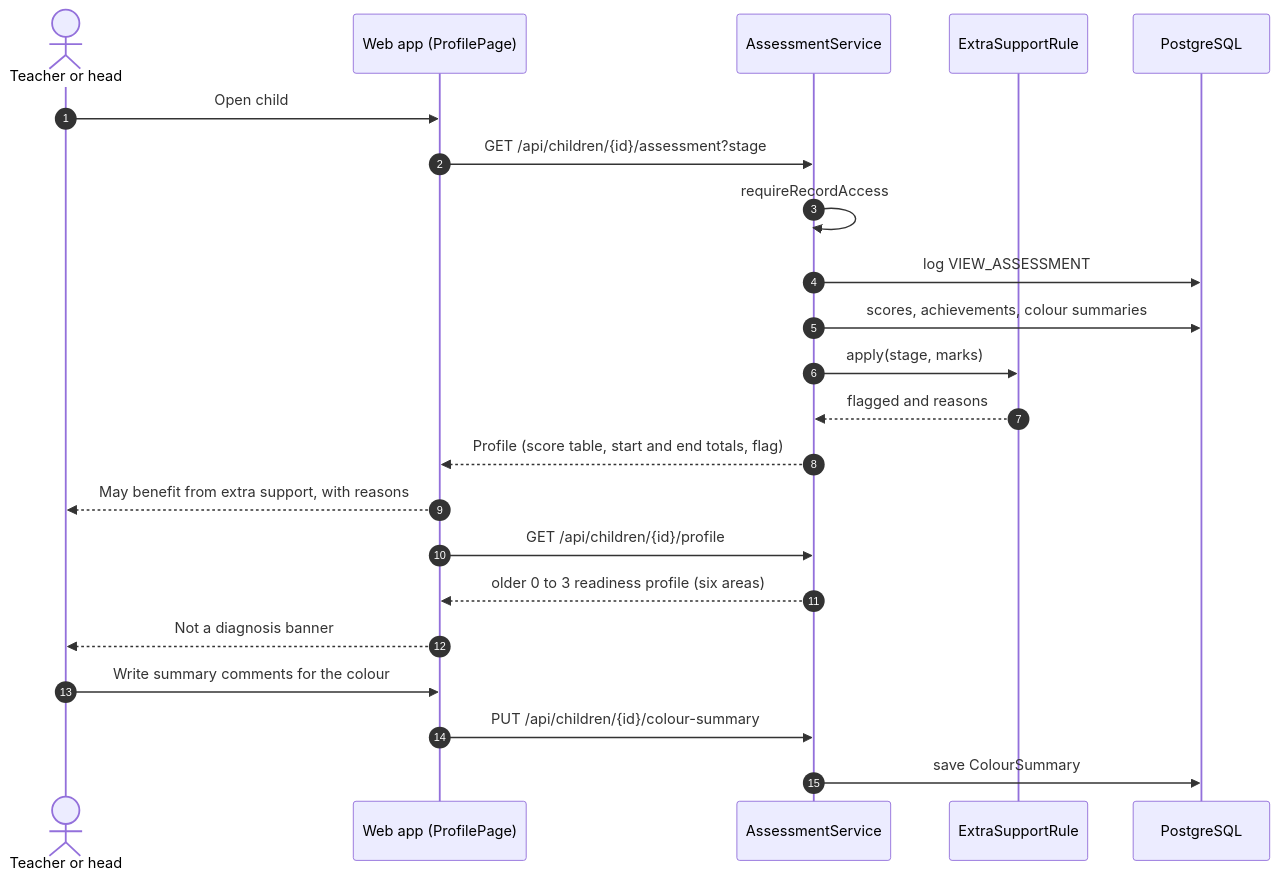
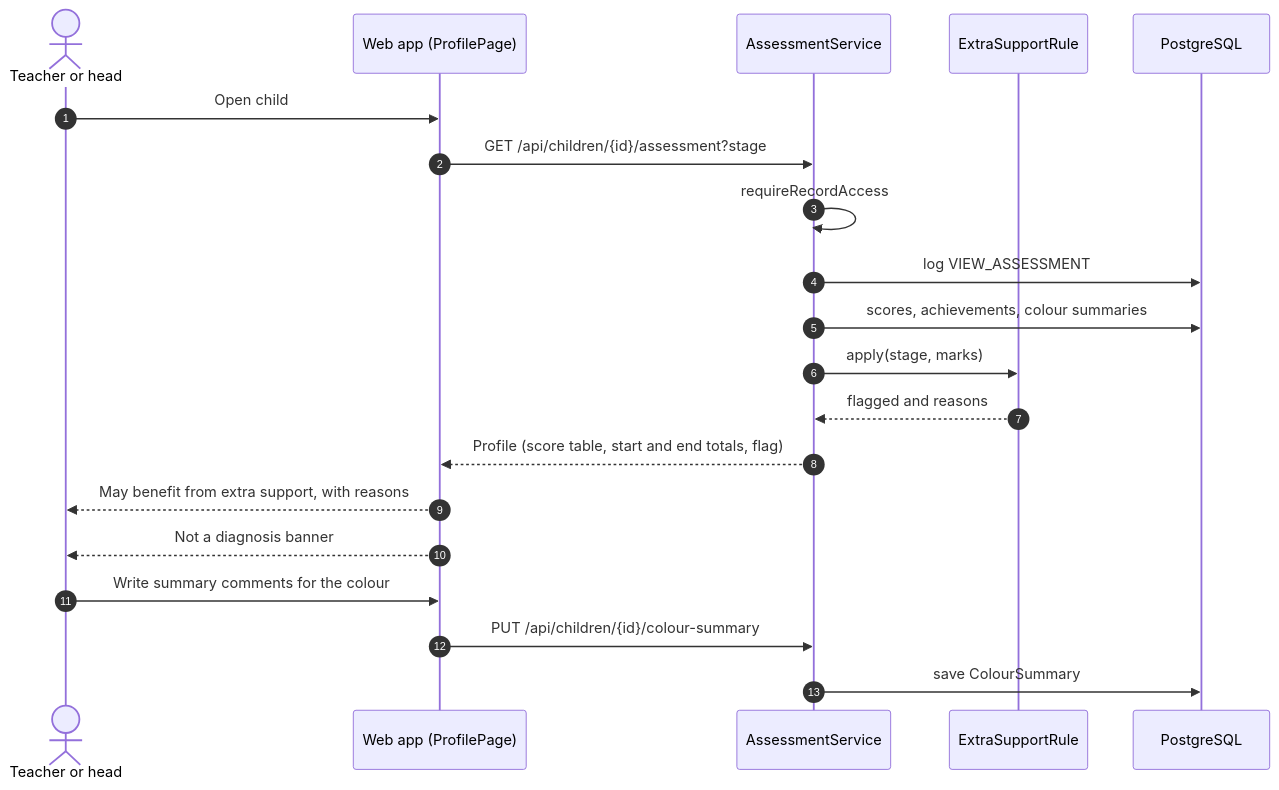
One commit to ersagarnikam/MoterMoversPlatform changed the fifth of 6 diagrams in docs/flows/1-class-teacher.md. Above: the diagram before and after it, drawn with Mermaid. The commit also changed other lines of this file and 55 other files, not shown here.

````diff
--- a/docs/flows/1-class-teacher.md
+++ b/docs/flows/1-class-teacher.md
@@ -210,24 +212,22 @@
 ```mermaid
 sequenceDiagram
   autonumber
   actor T as Teacher or head
   participant W as Web app (ProfilePage)
   participant API as AssessmentService
   participant R as ExtraSupportRule
   participant DB as PostgreSQL
   T->>W: Open child
   W->>API: GET /api/children/{id}/assessment?stage
   API->>API: requireRecordAccess
   API->>DB: log VIEW_ASSESSMENT
   API->>DB: scores, achievements, colour summaries
   API->>R: apply(stage, marks)
   R-->>API: flagged and reasons
   API-->>W: Profile (score table, start and end totals, flag)
   W-->>T: May benefit from extra support, with reasons
-  W->>API: GET /api/children/{id}/profile
-  API-->>W: older 0 to 3 readiness profile (six areas)
   W-->>T: Not a diagnosis banner
   T->>W: Write summary comments for the colour
   W->>API: PUT /api/children/{id}/colour-summary
   API->>DB: save ColourSummary
 ```
````
